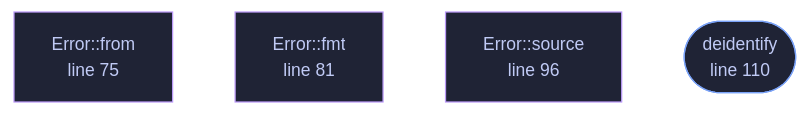
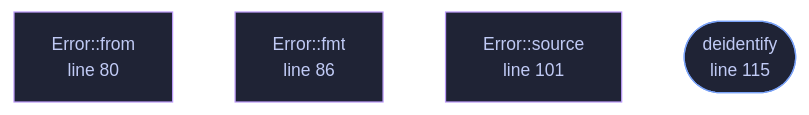
The diagram in docs/files/veilvoice-audio/lib.md (tilas01/veilvoice), drawn with Mermaid before and after one commit. The commit also changed other lines of this file and 38 other files, not shown here.

````diff
--- a/docs/files/veilvoice-audio/lib.md
+++ b/docs/files/veilvoice-audio/lib.md
@@ -80,18 +80,18 @@
 ```mermaid
 %%{init: {"theme":"base","themeVariables":{"background":"#1a1b26","primaryColor":"#1f2335","primaryTextColor":"#c0caf5","primaryBorderColor":"#7aa2f7","secondaryColor":"#16161e","tertiaryColor":"#16161e","lineColor":"#737aa2","textColor":"#c0caf5","mainBkg":"#1f2335","nodeBorder":"#7aa2f7","clusterBkg":"#16161e","clusterBorder":"#2f3549","fontFamily":"ui-monospace, SFMono-Regular, Consolas, monospace","fontSize":"14px"}}}%%
 flowchart TD
-    n_from["Error::from<br/>line 69"]
-    n_from["Error::from<br/>line 75"]
-    n_fmt["Error::fmt<br/>line 81"]
-    n_source["Error::source<br/>line 96"]
-    n_deidentify(["deidentify<br/>line 110"])
-    click n_from href "https://github.com/tilas01/veilvoice/blob/main/crates/veilvoice-audio/src/lib.rs#L69" "open the source"
-    click n_from href "https://github.com/tilas01/veilvoice/blob/main/crates/veilvoice-audio/src/lib.rs#L75" "open the source"
-    click n_fmt href "https://github.com/tilas01/veilvoice/blob/main/crates/veilvoice-audio/src/lib.rs#L81" "open the source"
-    click n_source href "https://github.com/tilas01/veilvoice/blob/main/crates/veilvoice-audio/src/lib.rs#L96" "open the source"
-    click n_deidentify href "https://github.com/tilas01/veilvoice/blob/main/crates/veilvoice-audio/src/lib.rs#L110" "open the source"
+    n_from["Error::from<br/>line 74"]
+    n_from["Error::from<br/>line 80"]
+    n_fmt["Error::fmt<br/>line 86"]
+    n_source["Error::source<br/>line 101"]
+    n_deidentify(["deidentify<br/>line 115"])
+    click n_from href "https://github.com/tilas01/veilvoice/blob/main/crates/veilvoice-audio/src/lib.rs#L74" "open the source"
+    click n_from href "https://github.com/tilas01/veilvoice/blob/main/crates/veilvoice-audio/src/lib.rs#L80" "open the source"
+    click n_fmt href "https://github.com/tilas01/veilvoice/blob/main/crates/veilvoice-audio/src/lib.rs#L86" "open the source"
+    click n_source href "https://github.com/tilas01/veilvoice/blob/main/crates/veilvoice-audio/src/lib.rs#L101" "open the source"
+    click n_deidentify href "https://github.com/tilas01/veilvoice/blob/main/crates/veilvoice-audio/src/lib.rs#L115" "open the source"
     classDef entry fill:#1f2335,stroke:#7aa2f7,color:#c0caf5
     class n_deidentify entry
     classDef helper fill:#1f2335,stroke:#bb9af7,color:#c0caf5
     class n_from,n_from,n_fmt,n_source helper
 ```
````
